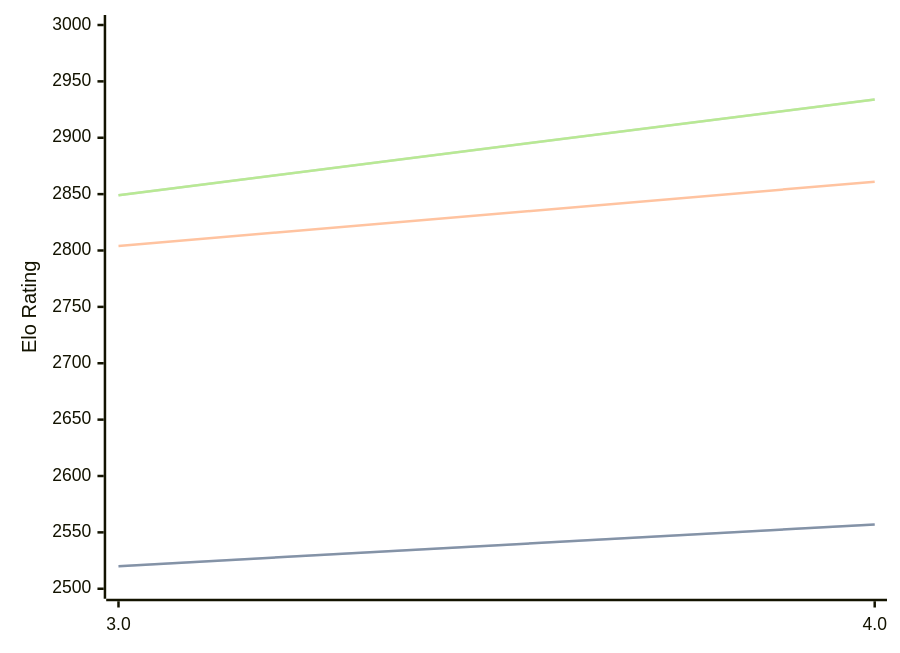
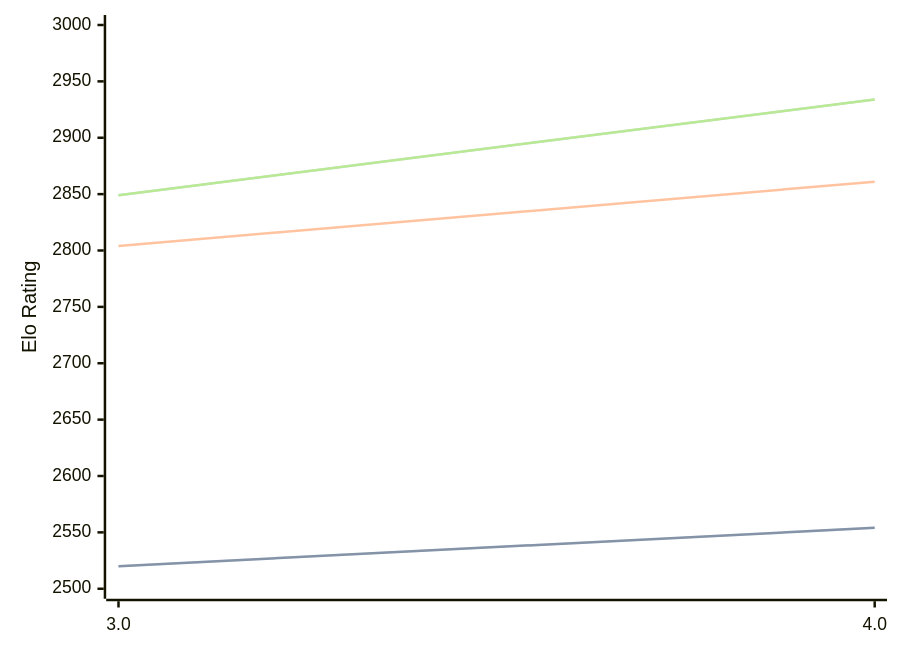
The diagram in engines/Chess3.md (computer-chess-index/cci), drawn with Mermaid before and after one commit. The commit also changed other lines of this file, not shown here.

````diff
--- a/engines/Chess3.md
+++ b/engines/Chess3.md
@@ -34,11 +34,11 @@
 ```mermaid
 %%{init: {"theme":"base","themeVariables":{"seriesColors:['#a3a3a3','#222221','#faa371']}}}%%
 xychart-beta
   x-axis ["3.0", "4.0"]
   y-axis "Elo Rating" 2500 --> 3000
-  line "STC (8.0+0.08s)" [2520, 2557]
-  line "STC (8.0+0.08s)" [2520, 2557]
+  line "STC (8.0+0.08s)" [2520, 2554]
+  line "STC (8.0+0.08s)" [2520, 2554]
   line "LTC (60.0+0.60s)" [2804, 2861]
   line "VLTC (2m24s+1.12s)" [2849, 2934]
   line "VLTC (2m24s+1.12s)" [2849, 2934]
 ```
````
